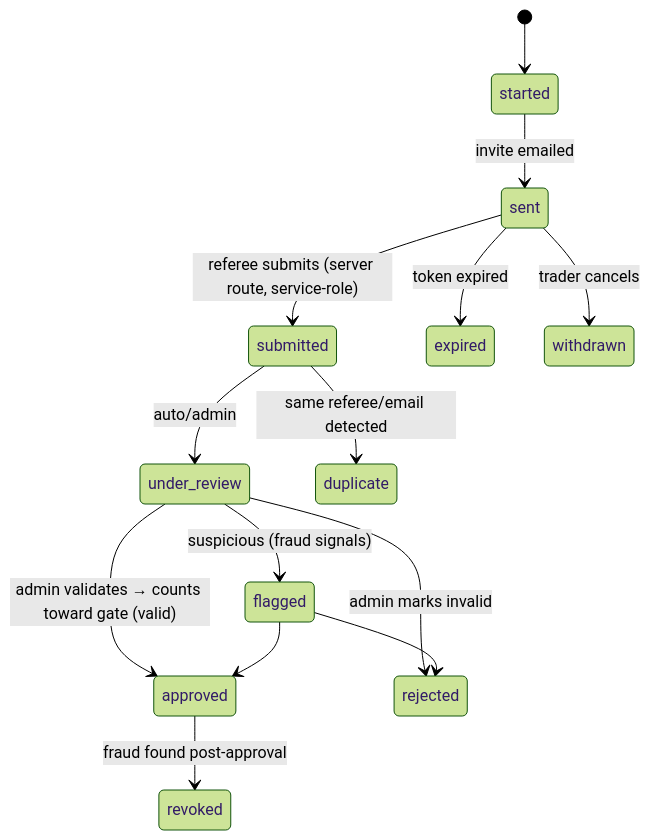
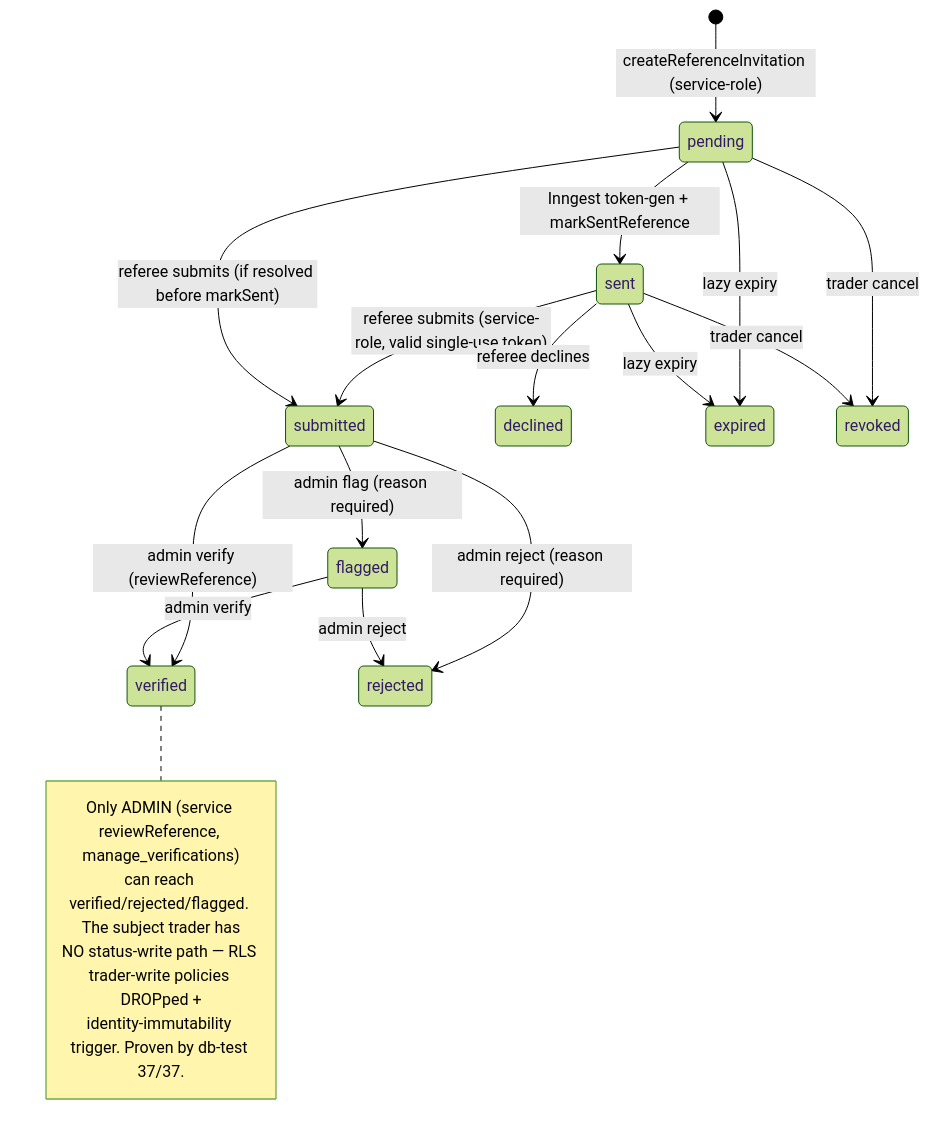
Before and after one commit to xxxxdjjojo/britv3: the third of 3 diagrams in VOUCHING_STATE_MACHINE.md, drawn with Mermaid (forest theme). The commit also changed other lines of this file and 5 other files, not shown here.

Commit message:
docs(vouching): post-fix audit update (system built, gates green, live-verify pending migration apply)

````diff
--- a/VOUCHING_STATE_MACHINE.md
+++ b/VOUCHING_STATE_MACHINE.md
@@ -120,16 +79,23 @@
 ```mermaid
 stateDiagram-v2
-    [*] --> started
-    started --> sent: invite emailed
-    sent --> submitted: referee submits (server route, service-role)
-    sent --> expired: token expired
-    sent --> withdrawn: trader cancels
-    submitted --> under_review: auto/admin
-    under_review --> approved: admin validates → counts toward gate (valid)
-    under_review --> rejected: admin marks invalid
-    under_review --> flagged: suspicious (fraud signals)
-    submitted --> duplicate: same referee/email detected
-    approved --> revoked: fraud found post-approval
-    flagged --> rejected
-    flagged --> approved
+    [*] --> pending: createReferenceInvitation (service-role)
+    pending --> sent: Inngest token-gen + markSentReference
+    sent --> submitted: referee submits (service-role, valid single-use token)
+    pending --> submitted: referee submits (if resolved before markSent)
+    sent --> declined: referee declines
+    pending --> expired: lazy expiry
+    sent --> expired: lazy expiry
+    pending --> revoked: trader cancel
+    sent --> revoked: trader cancel
+    submitted --> verified: admin verify (reviewReference)
+    submitted --> rejected: admin reject (reason required)
+    submitted --> flagged: admin flag (reason required)
+    flagged --> verified: admin verify
+    flagged --> rejected: admin reject
+    note right of verified
+      Only ADMIN (service reviewReference, manage_verifications)
+      can reach verified/rejected/flagged. The subject trader has
+      NO status-write path — RLS trader-write policies DROPped +
+      identity-immutability trigger. Proven by db-test 37/37.
+    end note
 ```
````
